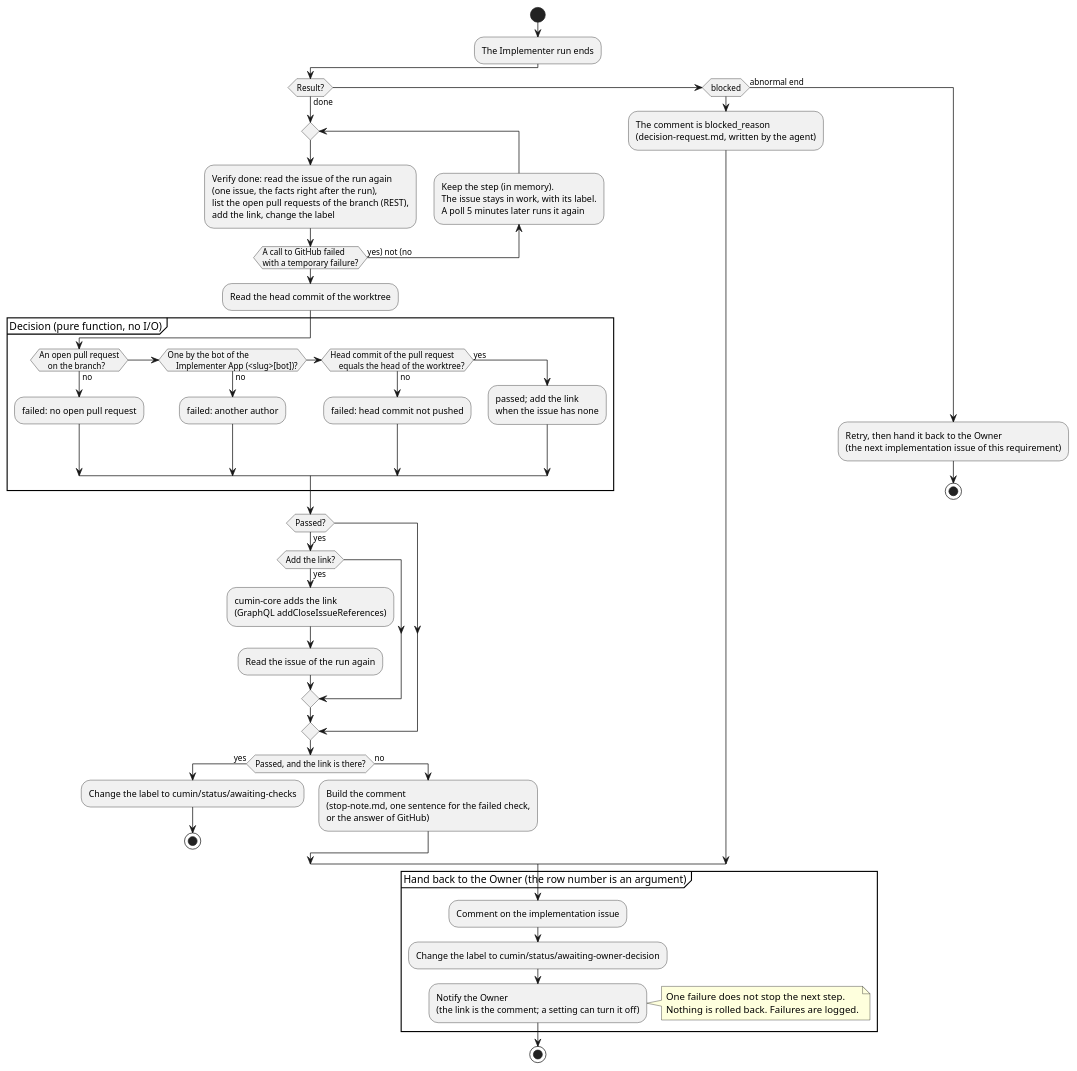
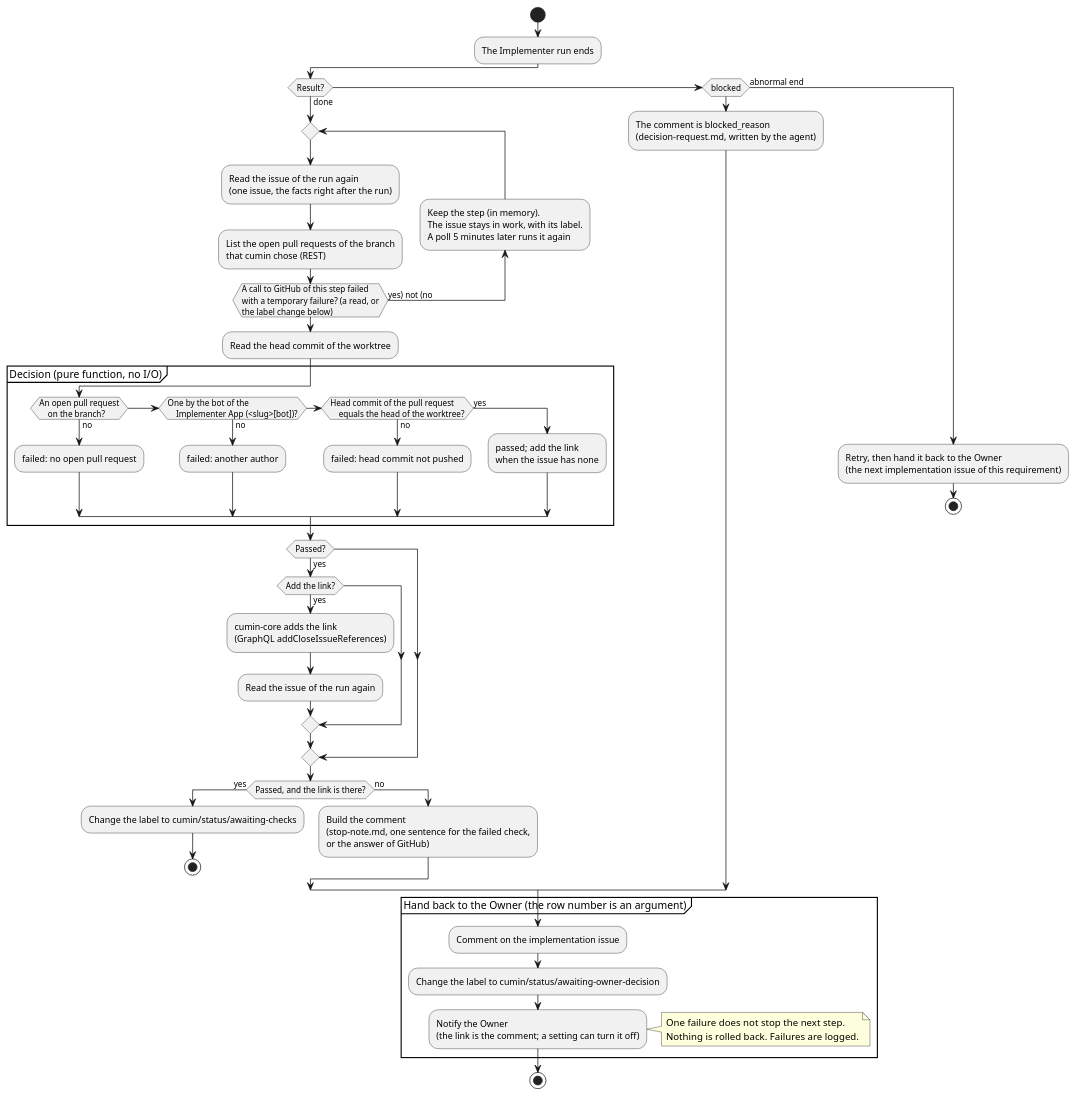
The diagram in docs/ja/designs/poll-verify.puml (cloveclovedev/cumin-works), drawn with PlantUML before and after one commit. The commit also changed 1 other file, not shown here.

Commit message:
docs(designs): name the calls of the kept step in the diagram

```diff
--- a/docs/ja/designs/poll-verify.puml
+++ b/docs/ja/designs/poll-verify.puml
@@ -1,72 +1,73 @@
 @startuml poll-verify
 ' cumin works - the end of a run (I2): the checks after an Implementer run, the kept step after a temporary failure, and the way back to the Owner.
 ' Document: poll.md, sections on the end of a run and the way back to the Owner.
 ' Render: run scripts/render-diagrams.sh at the root of the repository.
 skinparam shadowing false
 skinparam defaultFontName sans-serif
 
 start
 :The Implementer run ends;
 if (Result?) then (done)
   repeat
-    :Verify done: read the issue of the run again
-    (one issue, the facts right after the run),
-    list the open pull requests of the branch (REST),
-    add the link, change the label;
+    :Read the issue of the run again
+    (one issue, the facts right after the run);
+    :List the open pull requests of the branch
+    that cumin chose (REST);
     backward :Keep the step (in memory).
     The issue stays in work, with its label.
     A poll 5 minutes later runs it again;
-  repeat while (A call to GitHub failed
-  with a temporary failure?) is (yes) not (no)
+  repeat while (A call to GitHub of this step failed
+  with a temporary failure? (a read, or
+  the label change below)) is (yes) not (no)
   :Read the head commit of the worktree;
   partition "Decision (pure function, no I/O)" {
     if (An open pull request
     on the branch?) then (no)
       :failed: no open pull request;
     elseif (One by the bot of the
     Implementer App (<slug>[bot])?) then (no)
       :failed: another author;
     elseif (Head commit of the pull request
     equals the head of the worktree?) then (no)
       :failed: head commit not pushed;
     else (yes)
       :passed; add the link
       when the issue has none;
     endif
   }
   if (Passed?) then (yes)
     if (Add the link?) then (yes)
       :cumin-core adds the link
       (GraphQL addCloseIssueReferences);
       :Read the issue of the run again;
     endif
   endif
   if (Passed, and the link is there?) then (yes)
     :Change the label to cumin/status/awaiting-checks;
     stop
   else (no)
     :Build the comment
     (stop-note.md, one sentence for the failed check,
     or the answer of GitHub);
   endif
 elseif (blocked) then
   :The comment is blocked_reason
   (decision-request.md, written by the agent);
 else (abnormal end)
   :Retry, then hand it back to the Owner
   (the next implementation issue of this requirement);
   stop
 endif
 
 partition "Hand back to the Owner (the row number is an argument)" {
   :Comment on the implementation issue;
   :Change the label to cumin/status/awaiting-owner-decision;
   :Notify the Owner
   (the link is the comment; a setting can turn it off);
 }
 note right
   One failure does not stop the next step.
   Nothing is rolled back. Failures are logged.
 end note
 stop
 @enduml
```
